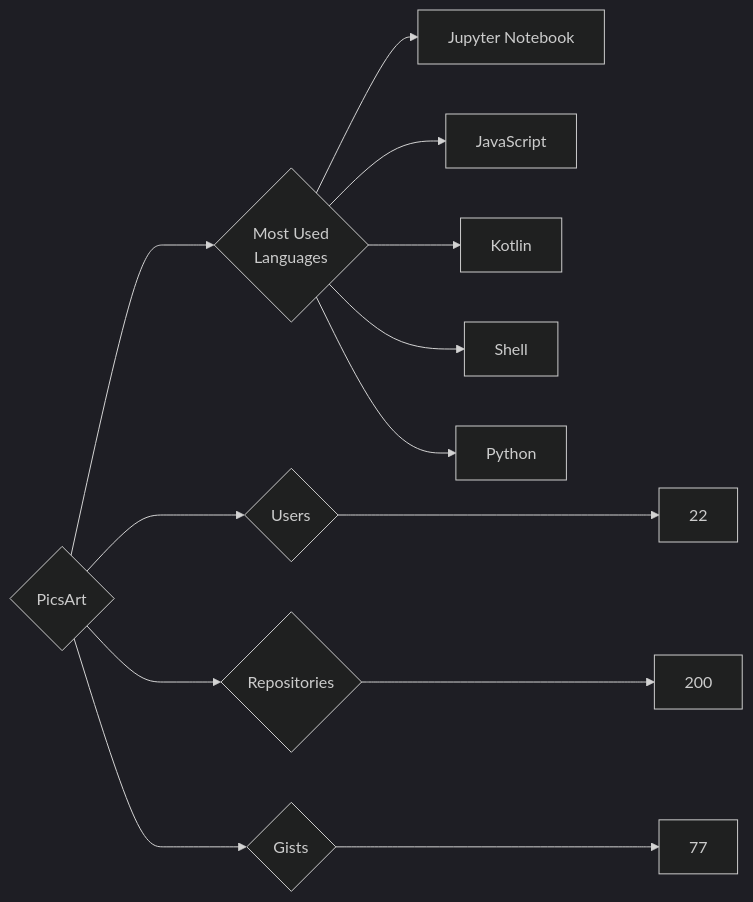
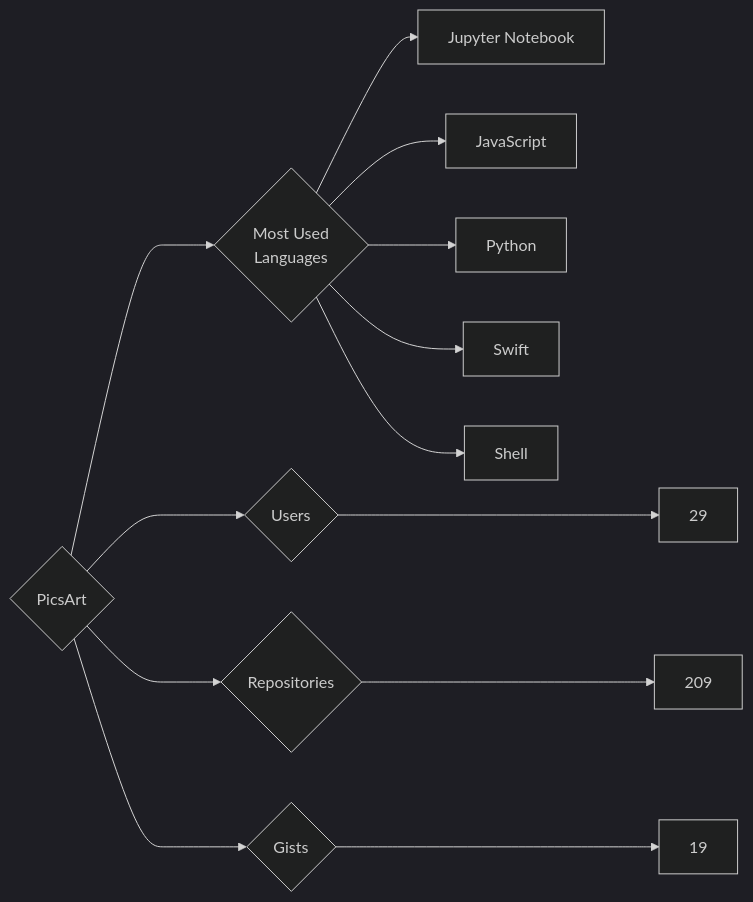
One commit to trickest/insiders changed the diagram in targets/PicsArt/README.md. Above: the diagram before and after it, drawn with Mermaid (dark theme). The commit also changed 582 other files, not shown here.

````diff
--- a/targets/PicsArt/README.md
+++ b/targets/PicsArt/README.md
@@ -3,13 +3,13 @@
 ```mermaid
 graph LR
 COMPANY_NAME{PicsArt}
-COMPANY_NAME ---> U{Users} ---> UN[22]
-COMPANY_NAME ---> R{Repositories} ---> RN[200]
-COMPANY_NAME ---> G{Gists} ---> GN[77]
+COMPANY_NAME ---> U{Users} ---> UN[29]
+COMPANY_NAME ---> R{Repositories} ---> RN[209]
+COMPANY_NAME ---> G{Gists} ---> GN[19]
 COMPANY_NAME ---> ML{Most Used<br>Languages}
 ML --> Jupyter_Notebook[Jupyter Notebook]
 ML --> JavaScript[JavaScript]
-ML --> Kotlin[Kotlin]
+ML --> Python[Python]
+ML --> Swift[Swift]
 ML --> Shell[Shell]
-ML --> Python[Python]
 ```
````
